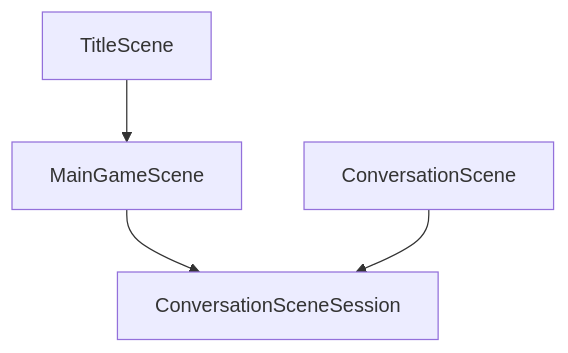
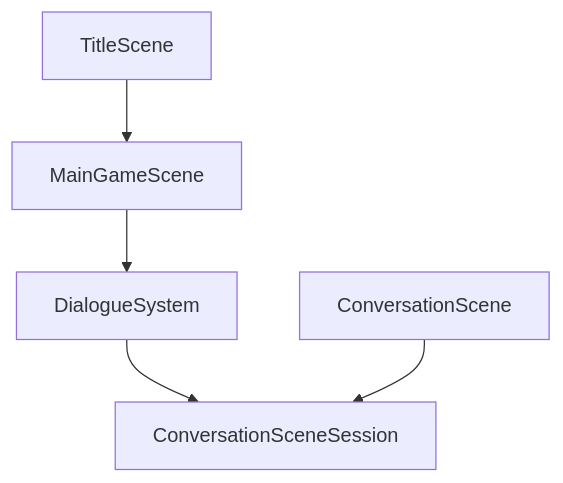
The diagram in docs/詳細設計/ドメイン/シーン/README.md (hachimitu22/negima-festival), drawn with Mermaid before and after one commit. The commit also changed other lines of this file and 12 other files, not shown here.

Commit message:
refactor: dialogueSystem 化

````diff
--- a/docs/詳細設計/ドメイン/シーン/README.md
+++ b/docs/詳細設計/ドメイン/シーン/README.md
@@ -16,6 +16,7 @@
 ```mermaid
 flowchart TB
   TitleScene --> MainGameScene
-  MainGameScene --> ConversationSceneSession
+  MainGameScene --> DialogueSystem
+  DialogueSystem --> ConversationSceneSession
   ConversationScene --> ConversationSceneSession
 ```
````
